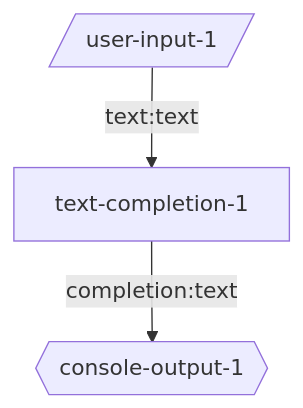
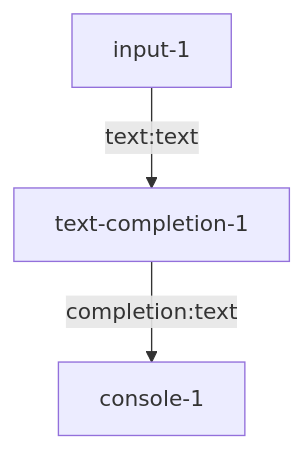
Before and after one commit to breadboard-ai/breadboard: the diagram in seeds/graph-playground/docs/graphs/simplest.md, drawn with Mermaid. The commit also changed 22 other files, not shown here.

First line of the commit message:
[graph-playground] Renaming input and output.

````diff
--- a/seeds/graph-playground/docs/graphs/simplest.md
+++ b/seeds/graph-playground/docs/graphs/simplest.md
@@ -4,5 +4,5 @@
 ```mermaid
 graph TD;
-user-input-1[/user-input-1/] -- text:text --> text-completion-1
-text-completion-1 -- completion:text --> console-output-1{{console-output-1}}
+input-1 -- text:text --> text-completion-1
+text-completion-1 -- completion:text --> console-1
 ```
````
